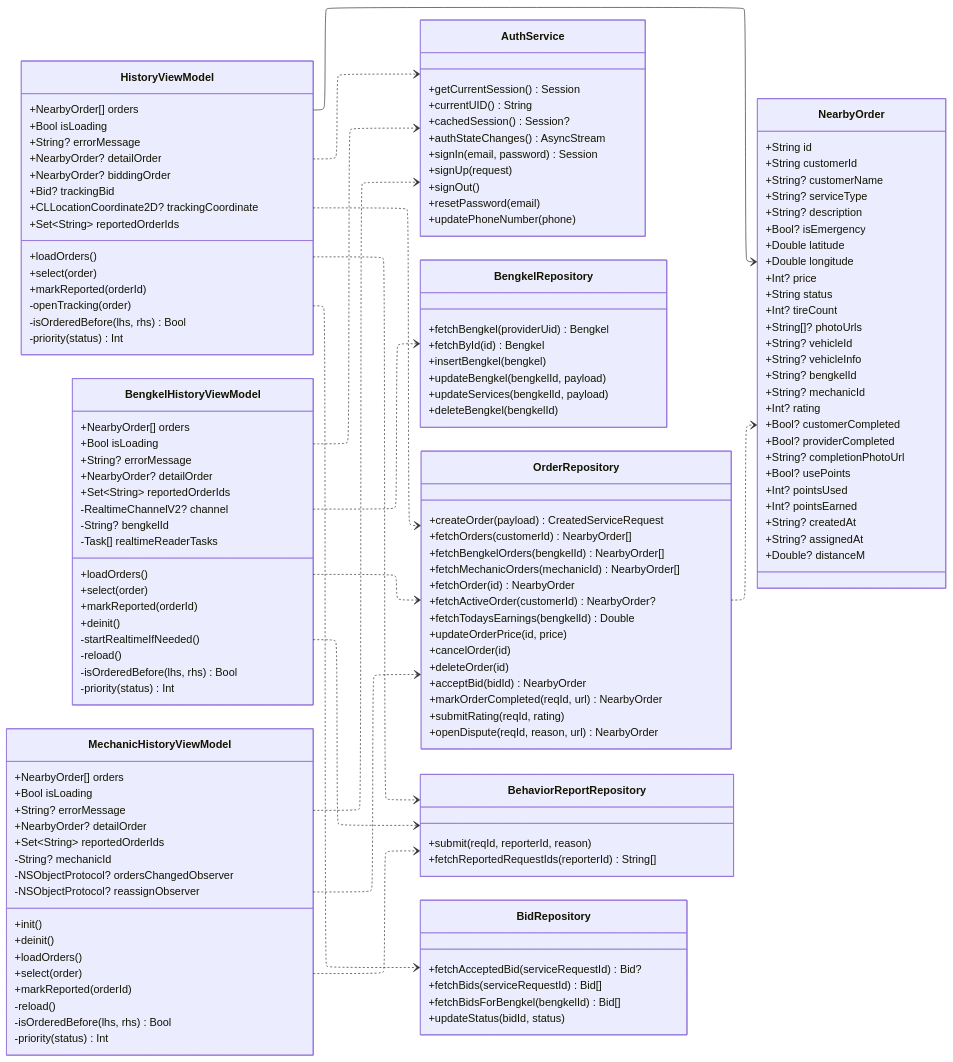
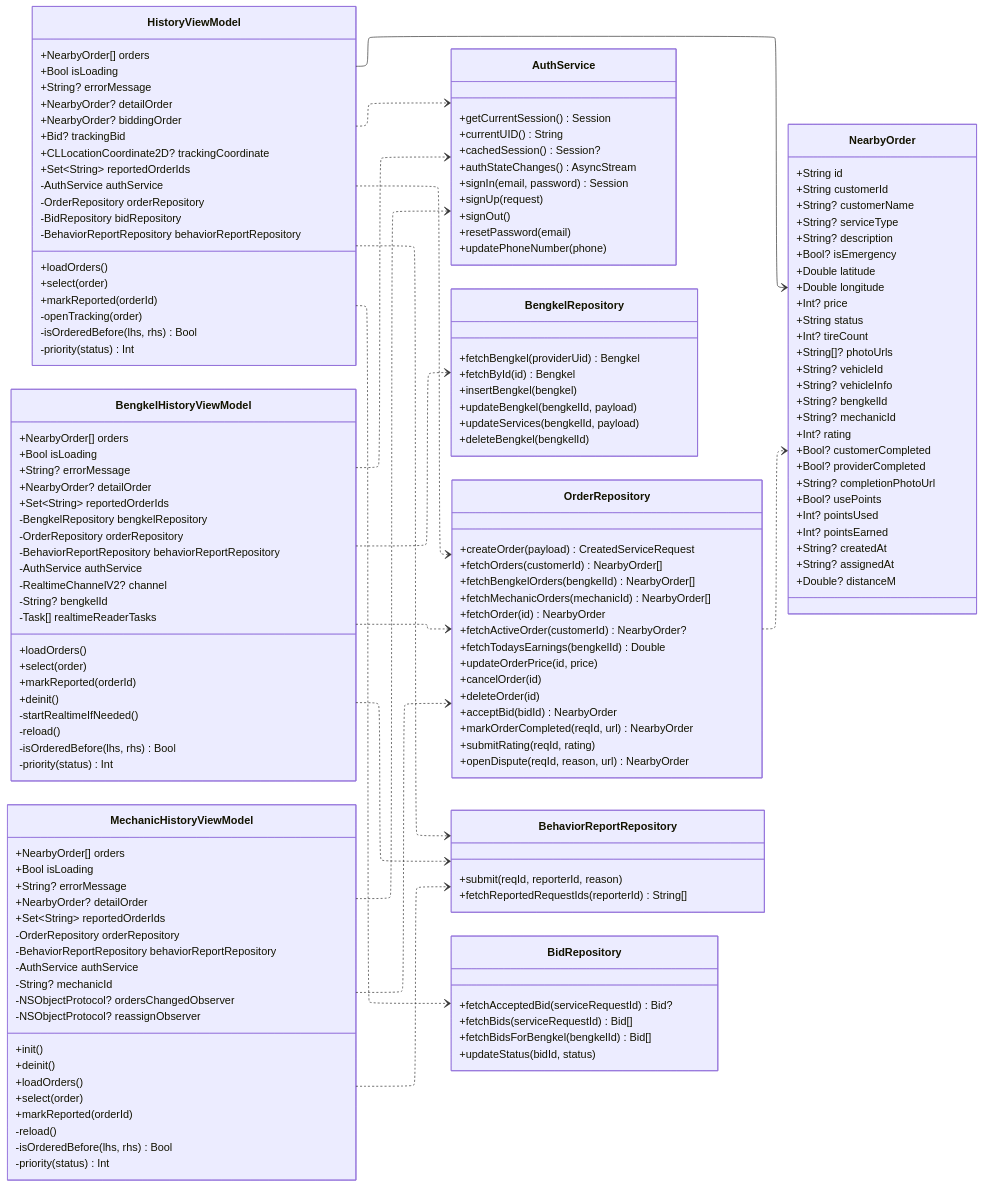
Diagram 11 of 12 in diagram/feature-class-diagrams.md (rei-soemanto/BengkelIn_SE), drawn with Mermaid before and after one commit. The commit also changed other lines of this file and 21 other files, not shown here.

Commit message:
feature-class-diagram update

```diff
--- a/diagram/feature-class-diagrams.md
+++ b/diagram/feature-class-diagrams.md
@@ -1468,6 +1588,10 @@
         +Bid? trackingBid
         +CLLocationCoordinate2D? trackingCoordinate
         +Set~String~ reportedOrderIds
+        -AuthService authService
+        -OrderRepository orderRepository
+        -BidRepository bidRepository
+        -BehaviorReportRepository behaviorReportRepository
         +loadOrders()
         +select(order)
         +markReported(orderId)
@@ -1481,6 +1605,10 @@
         +String? errorMessage
         +NearbyOrder? detailOrder
         +Set~String~ reportedOrderIds
+        -BengkelRepository bengkelRepository
+        -OrderRepository orderRepository
+        -BehaviorReportRepository behaviorReportRepository
+        -AuthService authService
         -RealtimeChannelV2? channel
         -String? bengkelId
         -Task[] realtimeReaderTasks
@@ -1499,6 +1627,9 @@
         +String? errorMessage
         +NearbyOrder? detailOrder
         +Set~String~ reportedOrderIds
+        -OrderRepository orderRepository
+        -BehaviorReportRepository behaviorReportRepository
+        -AuthService authService
         -String? mechanicId
         -NSObjectProtocol? ordersChangedObserver
         -NSObjectProtocol? reassignObserver
```
